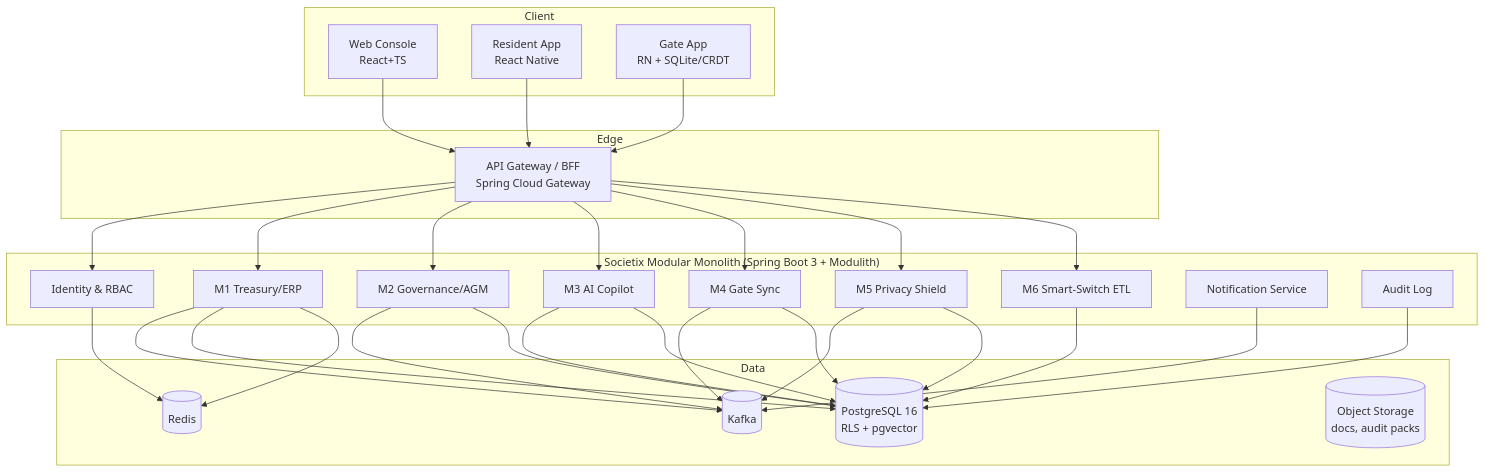
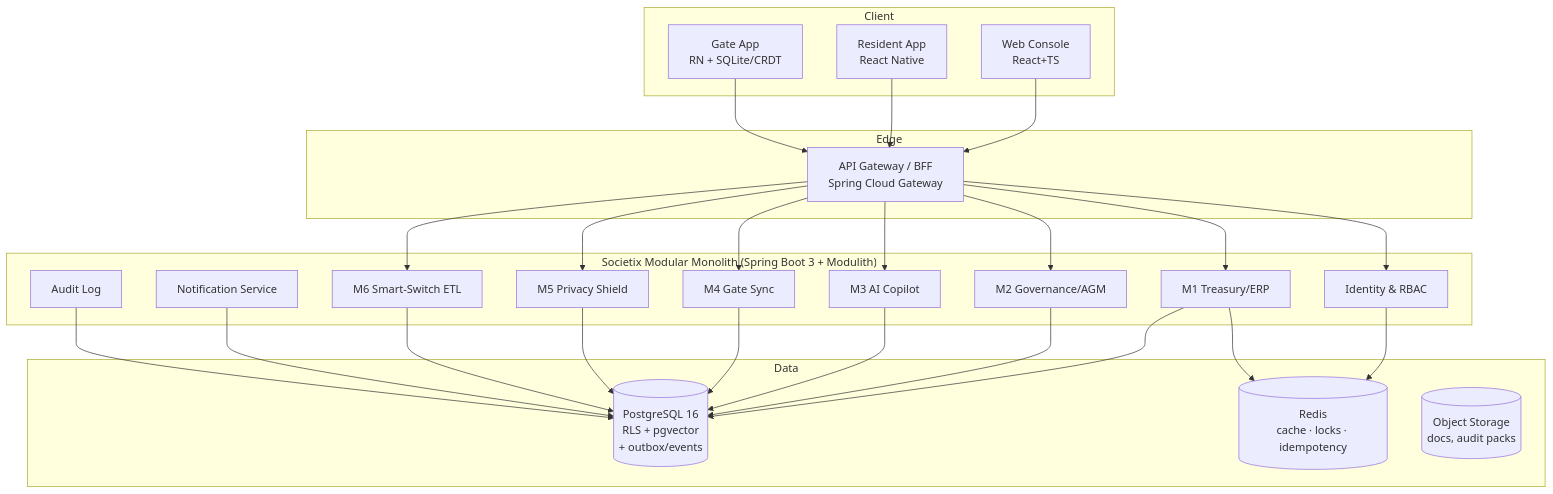
One commit to ayushrai007/Societix changed the second of 5 diagrams in docs/01-architecture.md. Above: the diagram before and after it, drawn with Mermaid. The commit also changed other lines of this file and 23 other files, not shown here.

````diff
--- a/docs/01-architecture.md
+++ b/docs/01-architecture.md
@@ -56,40 +59,37 @@
 ```mermaid
 graph TB
     subgraph Client
       WEB[Web Console<br/>React+TS]
       MOB[Resident App<br/>React Native]
       GATE[Gate App<br/>RN + SQLite/CRDT]
     end
     subgraph Edge
       GW[API Gateway / BFF<br/>Spring Cloud Gateway]
     end
     subgraph Core["Societix Modular Monolith (Spring Boot 3 + Modulith)"]
       M1[M1 Treasury/ERP]
       M2[M2 Governance/AGM]
       M3[M3 AI Copilot]
       M4[M4 Gate Sync]
       M5[M5 Privacy Shield]
       M6[M6 Smart-Switch ETL]
       IAM[Identity & RBAC]
       NOTIF[Notification Service]
       AUDIT[Audit Log]
     end
     subgraph Data
-      PG[(PostgreSQL 16<br/>RLS + pgvector)]
-      REDIS[(Redis)]
-      KAFKA[(Kafka)]
+      PG[(PostgreSQL 16<br/>RLS + pgvector<br/>+ outbox/events)]
+      REDIS[(Redis<br/>cache · locks · idempotency)]
       OBJ[(Object Storage<br/>docs, audit packs)]
     end
     WEB --> GW
     MOB --> GW
     GATE --> GW
     GW --> IAM
     GW --> M1 & M2 & M3 & M4 & M5 & M6
-    M1 & M2 & M4 & M5 --> KAFKA
-    NOTIF --> KAFKA
     M1 & M2 & M3 & M4 & M5 & M6 --> PG
-    M3 --> PG
+    NOTIF --> PG
     IAM --> REDIS
     M1 --> REDIS
     AUDIT --> PG
 ```
````
